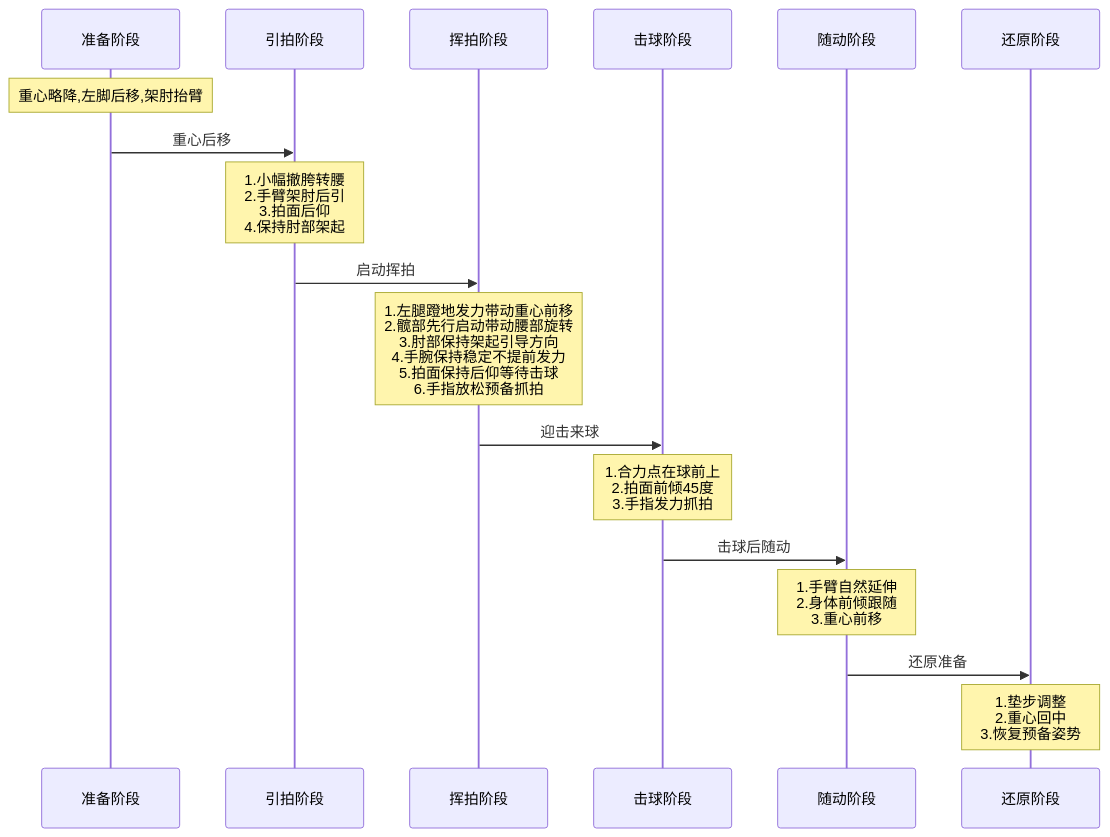
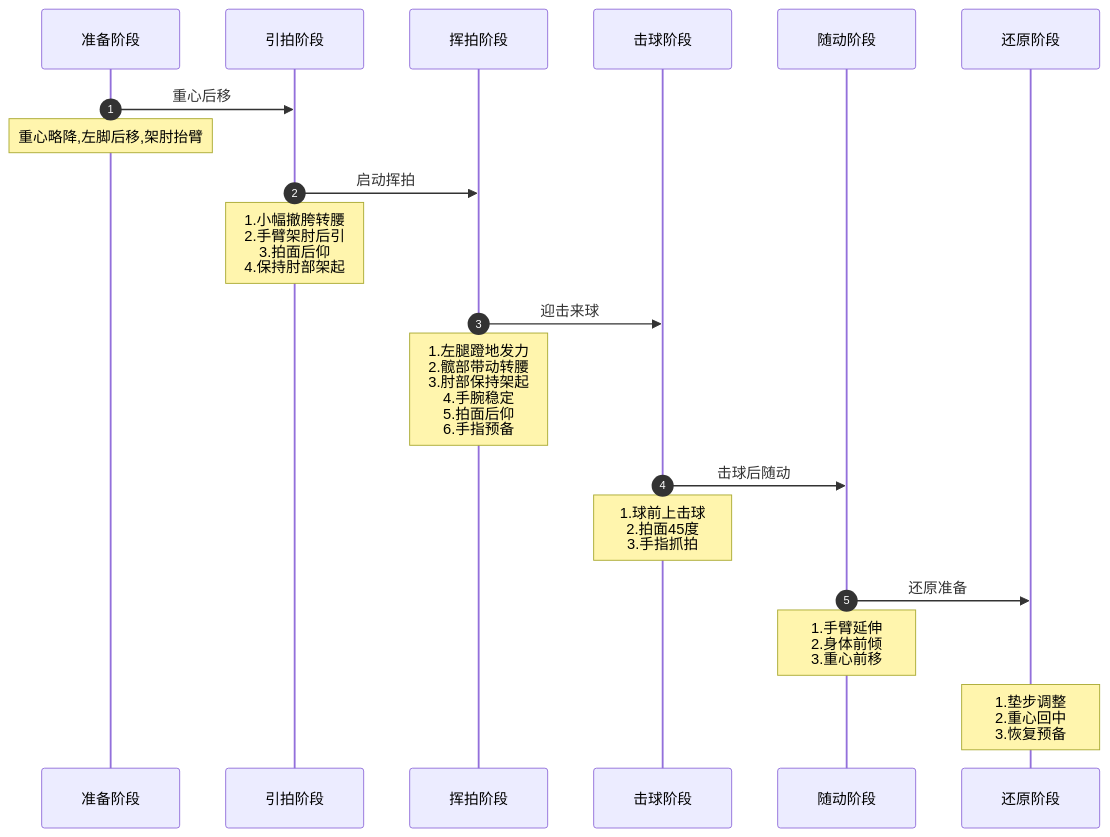
Before and after one commit to reGeorge/regeorge.github.io: the second of 2 diagrams in source/_posts/20_乒乓球实战技术指南.md, drawn with Mermaid. The commit also changed other lines of this file and 8 other files, not shown here.

````diff
--- a/source/_posts/20_乒乓球实战技术指南.md
+++ b/source/_posts/20_乒乓球实战技术指南.md
@@ -127,21 +131,27 @@
 ```mermaid
 sequenceDiagram
-participant P as 准备阶段
-participant R as 引拍阶段
-participant S as 挥拍阶段
-participant H as 击球阶段
-participant F as 随动阶段
-participant B as 还原阶段
+    autonumber
+    participant P as 准备阶段
+    participant R as 引拍阶段
+    participant S as 挥拍阶段
+    participant H as 击球阶段
+    participant F as 随动阶段
+    participant B as 还原阶段
 
-Note over P: 重心略降,左脚后移,架肘抬臂
-P->>R: 重心后移
-Note over R: 1.小幅撤胯转腰<br>2.手臂架肘后引<br>3.拍面后仰<br>4.保持肘部架起
-R->>S: 启动挥拍
-Note over S: 1.左腿蹬地发力带动重心前移<br>2.髋部先行启动带动腰部旋转<br>3.肘部保持架起引导方向<br>4.手腕保持稳定不提前发力<br>5.拍面保持后仰等待击球<br>6.手指放松预备抓拍
-S->>H: 迎击来球
-Note over H: 1.合力点在球前上<br>2.拍面前倾45度<br>3.手指发力抓拍
-H->>F: 击球后随动
-Note over F: 1.手臂自然延伸<br>2.身体前倾跟随<br>3.重心前移
-F->>B: 还原准备
-Note over B: 1.垫步调整<br>2.重心回中<br>3.恢复预备姿势 
-``` 
+    P->>R: 重心后移
+    Note over P: 重心略降,左脚后移,架肘抬臂
+    
+    R->>S: 启动挥拍
+    Note over R: 1.小幅撤胯转腰<br/>2.手臂架肘后引<br/>3.拍面后仰<br/>4.保持肘部架起
+    
+    S->>H: 迎击来球
+    Note over S: 1.左腿蹬地发力<br/>2.髋部带动转腰<br/>3.肘部保持架起<br/>4.手腕稳定<br/>5.拍面后仰<br/>6.手指预备
+    
+    H->>F: 击球后随动
+    Note over H: 1.球前上击球<br/>2.拍面45度<br/>3.手指抓拍
+    
+    F->>B: 还原准备
+    Note over F: 1.手臂延伸<br/>2.身体前倾<br/>3.重心前移
+    
+    Note over B: 1.垫步调整<br/>2.重心回中<br/>3.恢复预备
+```
````
